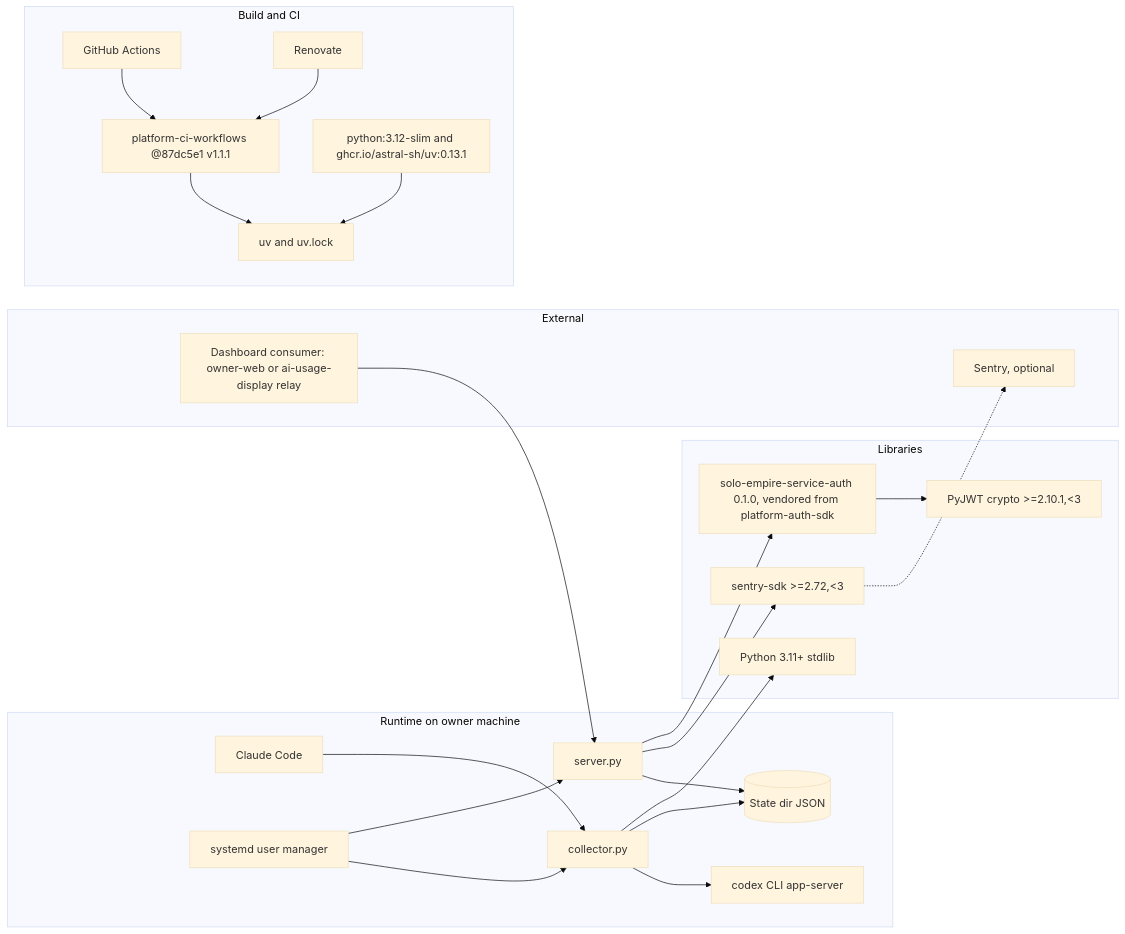
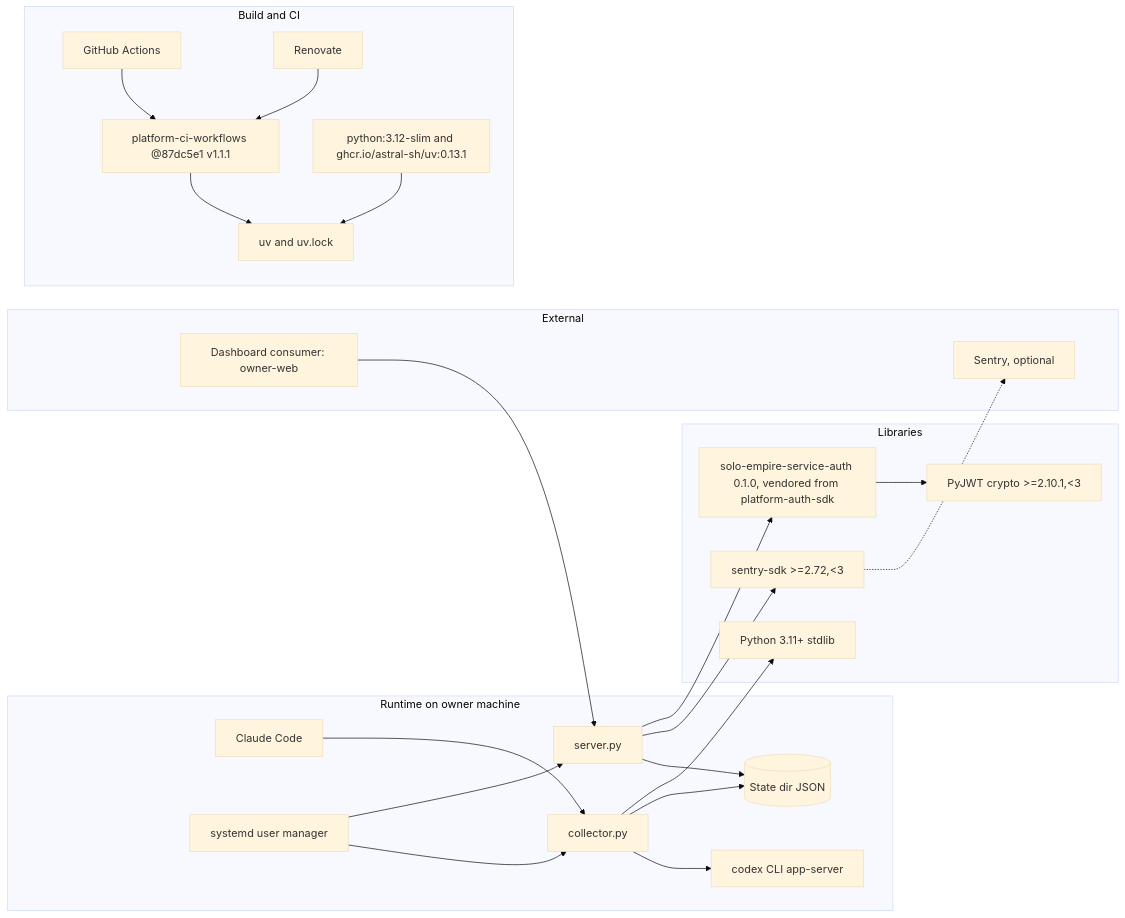
One commit to bookchaowalit/platform-ai-usage-api changed the diagram in docs/diagrams/19-service-dependency-map.md. Above: the diagram before and after it, drawn with Mermaid (base theme). The commit also changed 3 other files, not shown here.

Commit message:
docs: relay is push-fed, drop it as an API consumer in the Core 22 pack

````diff
--- a/docs/diagrams/19-service-dependency-map.md
+++ b/docs/diagrams/19-service-dependency-map.md
@@ -3,44 +3,44 @@
 ```mermaid
 flowchart LR
   subgraph Runtime_local["Runtime on owner machine"]
     API["server.py"]
     COL["collector.py"]
     ST[("State dir JSON")]
     CX["codex CLI app-server"]
     CC["Claude Code"]
     SD["systemd user manager"]
   end
   subgraph Libraries
     SA["solo-empire-service-auth 0.1.0, vendored from platform-auth-sdk"]
     JWT["PyJWT crypto >=2.10.1,<3"]
     SS["sentry-sdk >=2.72,<3"]
     PY["Python 3.11+ stdlib"]
   end
   subgraph External
     SEN["Sentry, optional"]
-    DASH["Dashboard consumer: owner-web or ai-usage-display relay"]
+    DASH["Dashboard consumer: owner-web"]
   end
   subgraph Build_time["Build and CI"]
     GH["GitHub Actions"]
     PCW["platform-ci-workflows @87dc5e1 v1.1.1"]
     UV["uv and uv.lock"]
     IMG["python:3.12-slim and ghcr.io/astral-sh/uv:0.13.1"]
     REN["Renovate"]
   end
   SD --> API
   SD --> COL
   API --> SA
   SA --> JWT
   API --> SS
   SS -.-> SEN
   API --> ST
   COL --> PY
   COL --> ST
   COL --> CX
   CC --> COL
   DASH --> API
   GH --> PCW
   PCW --> UV
   IMG --> UV
   REN --> PCW
 ```
````
